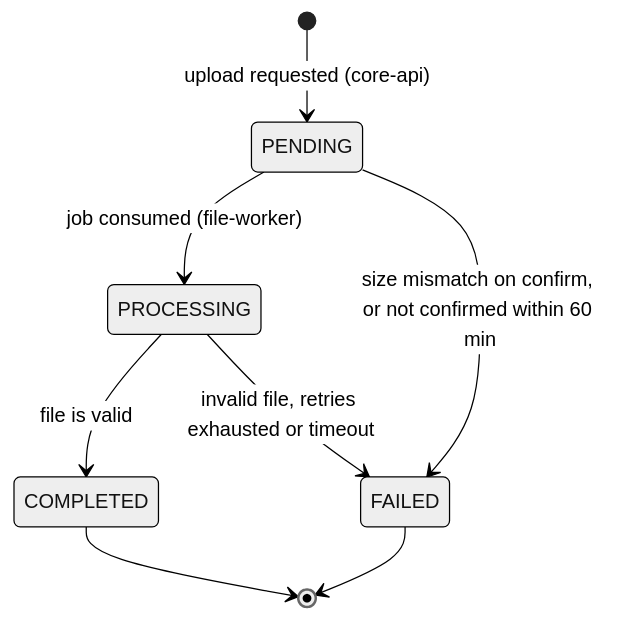
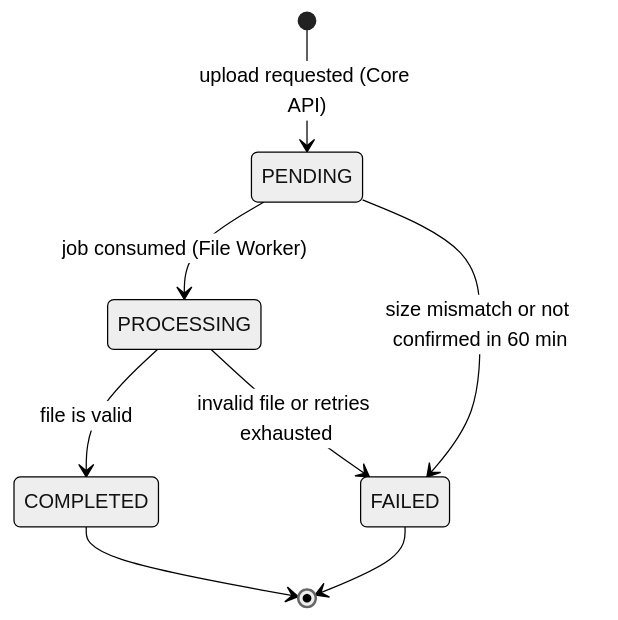
One commit to ricardopia/ARQ2-2026-TS-008 changed the diagram in docs/spec.md. Above: the diagram before and after it, drawn with Mermaid (neutral theme). The commit also changed other lines of this file, not shown here.

````diff
--- a/docs/spec.md
+++ b/docs/spec.md
@@ -474,10 +304,10 @@
 ```mermaid
 stateDiagram-v2
-    [*] --> PENDING: upload requested (core-api)
-    PENDING --> PROCESSING: job consumed (file-worker)
+    [*] --> PENDING: upload requested (Core API)
+    PENDING --> PROCESSING: job consumed (File Worker)
     PROCESSING --> COMPLETED: file is valid
-    PROCESSING --> FAILED: invalid file, retries exhausted or timeout
-    PENDING --> FAILED: size mismatch on confirm, or not confirmed within 60 min
+    PROCESSING --> FAILED: invalid file or retries exhausted
+    PENDING --> FAILED: size mismatch or not confirmed in 60 min
     COMPLETED --> [*]
     FAILED --> [*]
 ```
````
